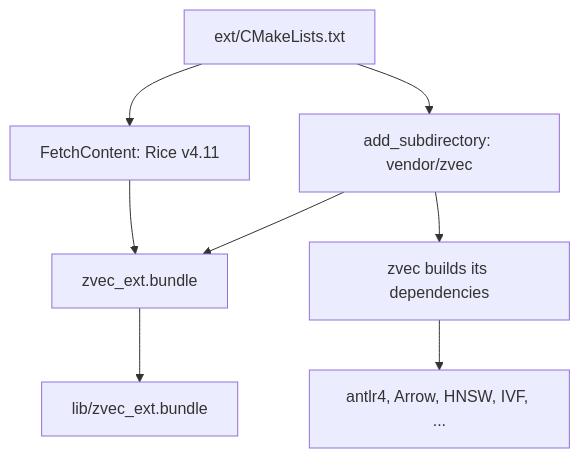
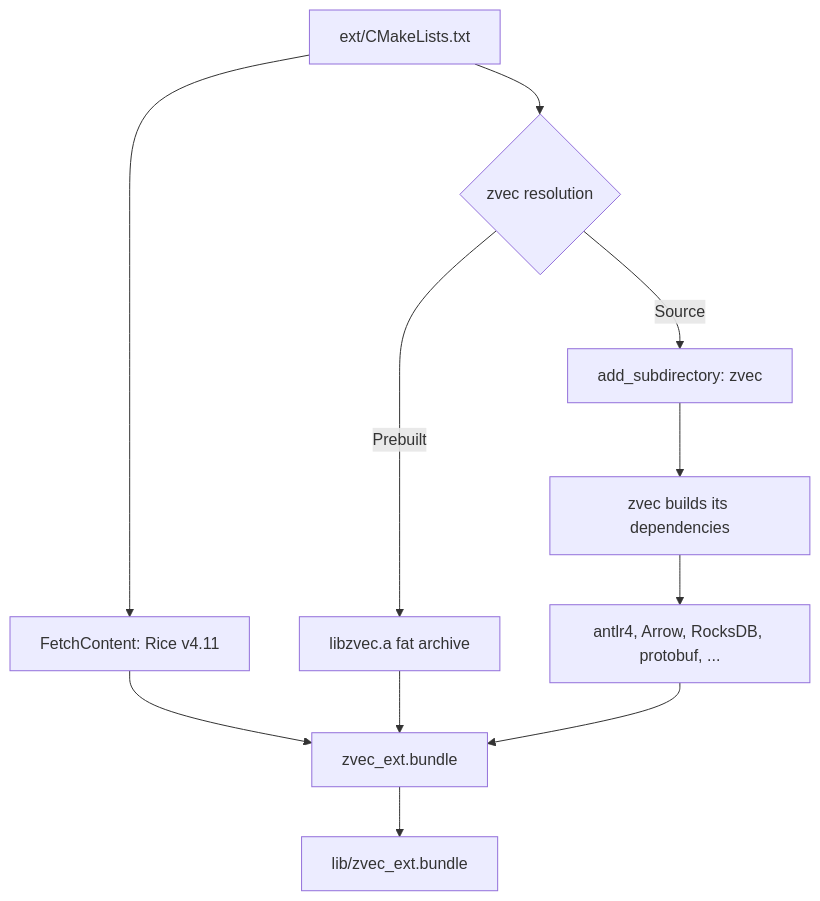
Before and after one commit to MadBomber/zvec-ruby: the second of 2 diagrams in docs/architecture/build-system.md, drawn with Mermaid. The commit also changed other lines of this file and 2 other files, not shown here.

First line of the commit message:
feat: add Homebrew as a pre-installed zvec dependency

````diff
--- a/docs/architecture/build-system.md
+++ b/docs/architecture/build-system.md
@@ -11,10 +46,13 @@
 ```mermaid
 graph TD
     A[ext/CMakeLists.txt] --> B[FetchContent: Rice v4.11]
-    A --> C[add_subdirectory: vendor/zvec]
-    C --> D[zvec builds its dependencies]
-    D --> E[antlr4, Arrow, HNSW, IVF, ...]
-    B --> F[zvec_ext.bundle]
-    C --> F
-    F --> G[lib/zvec_ext.bundle]
+    A --> C{zvec resolution}
+    C -->|Prebuilt| D[libzvec.a fat archive]
+    C -->|Source| E[add_subdirectory: zvec]
+    E --> F[zvec builds its dependencies]
+    F --> G[antlr4, Arrow, RocksDB, protobuf, ...]
+    B --> H[zvec_ext.bundle]
+    D --> H
+    G --> H
+    H --> I[lib/zvec_ext.bundle]
 ```
````
